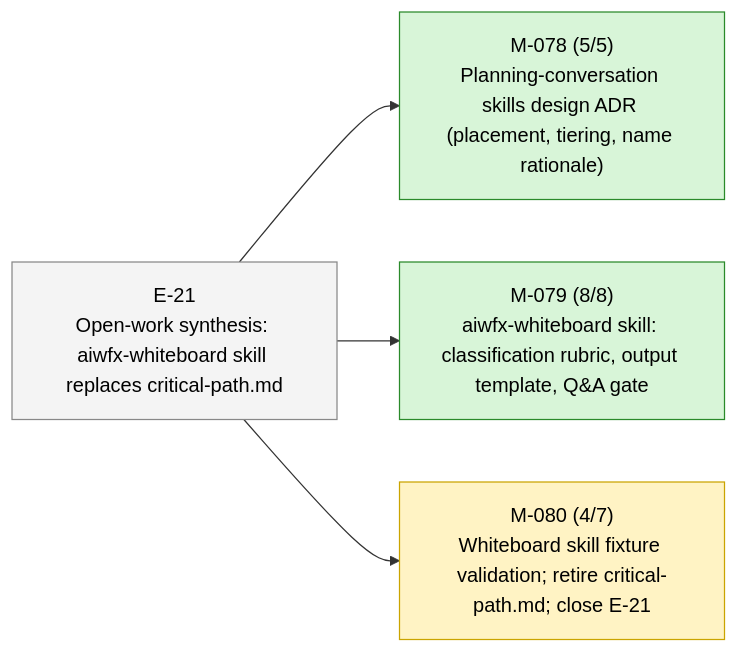
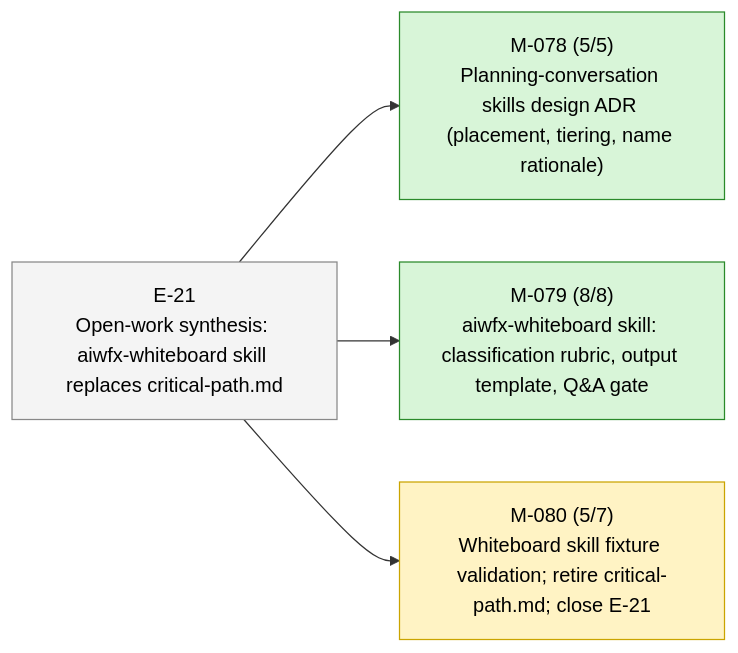
One commit to 23min/aiwf changed the second of 2 diagrams in STATUS.md. Above: the diagram before and after it, drawn with Mermaid. The commit also changed other lines of this file and 1 other file, not shown here.

````diff
--- a/STATUS.md
+++ b/STATUS.md
@@ -47,16 +47,16 @@
 ```mermaid
 flowchart LR
   E_21["E-21<br/>Open-work synthesis: aiwfx-whiteboard skill replaces critical-path.md"]:::epic_proposed
   M_078["M-078 (5/5)<br/>Planning-conversation skills design ADR (placement, tiering, name rationale)"]:::ms_done
   E_21 --> M_078
   M_079["M-079 (8/8)<br/>aiwfx-whiteboard skill: classification rubric, output template, Q&A gate"]:::ms_done
   E_21 --> M_079
-  M_080["M-080 (4/7)<br/>Whiteboard skill fixture validation; retire critical-path.md; close E-21"]:::ms_in_progress
+  M_080["M-080 (5/7)<br/>Whiteboard skill fixture validation; retire critical-path.md; close E-21"]:::ms_in_progress
   E_21 --> M_080
   classDef epic_active fill:#d6eaff,stroke:#1a73e8,color:#000
   classDef epic_proposed fill:#f4f4f4,stroke:#888,color:#000
   classDef ms_done fill:#d8f5d8,stroke:#2a8a2a,color:#000
   classDef ms_in_progress fill:#fff3c4,stroke:#caa400,color:#000
   classDef ms_draft fill:#f4f4f4,stroke:#888,color:#000
   classDef ms_cancelled fill:#fbeaea,stroke:#c33,color:#000
 ```
````
